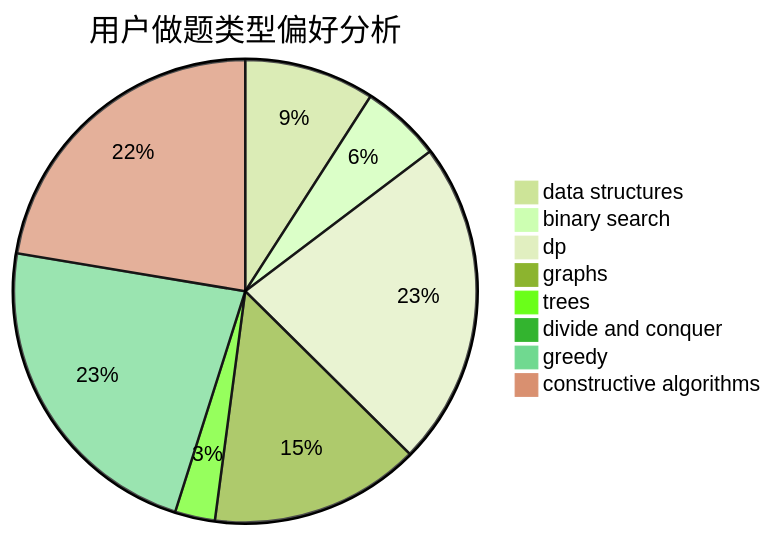
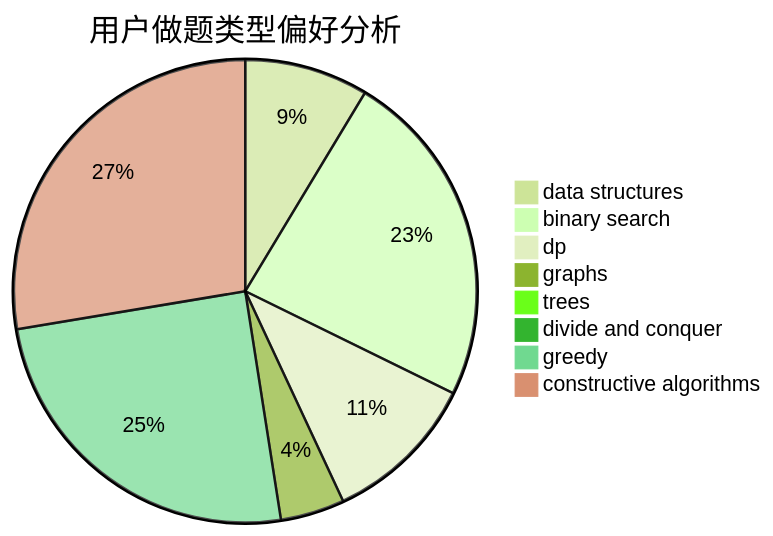
One commit to sherpahu/cfrs.github.io changed the second of 3 diagrams in docs/user/u30.md. Above: the diagram before and after it, drawn with Mermaid (forest theme). The commit also changed other lines of this file and 2770 other files, not shown here.

````diff
--- a/docs/user/u30.md
+++ b/docs/user/u30.md
@@ -23,11 +23,11 @@
 ```mermaid
 pie title 用户做题类型偏好分析
-    "data structures" :  26
-    "binary search" :  16
-    "dp" :  65
-    "graphs" :  42
-    "trees" :  8
-    "divide and conquer" :  0
-    "greedy" :  65
-    "constructive algorithms" :  64
+    "data structures" :  56
+    "binary search" :  153
+    "dp" :  70
+    "graphs" :  29
+    "trees" :  3
+    "divide and conquer" :  6
+    "greedy" :  161
+    "constructive algorithms" :  179
 ```
````
